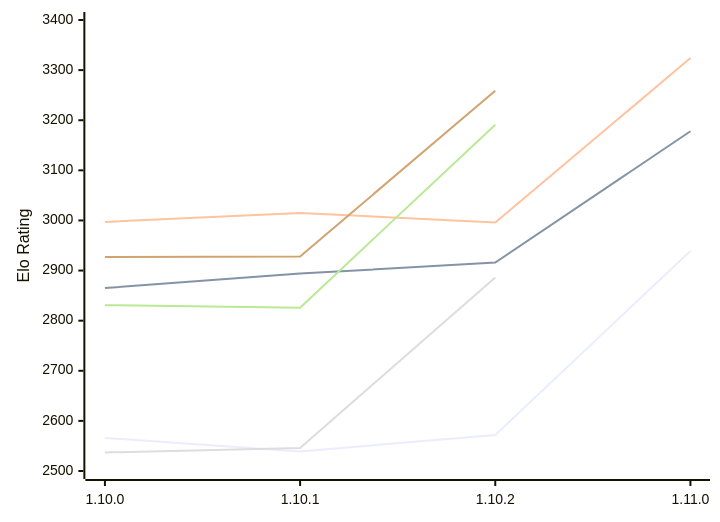
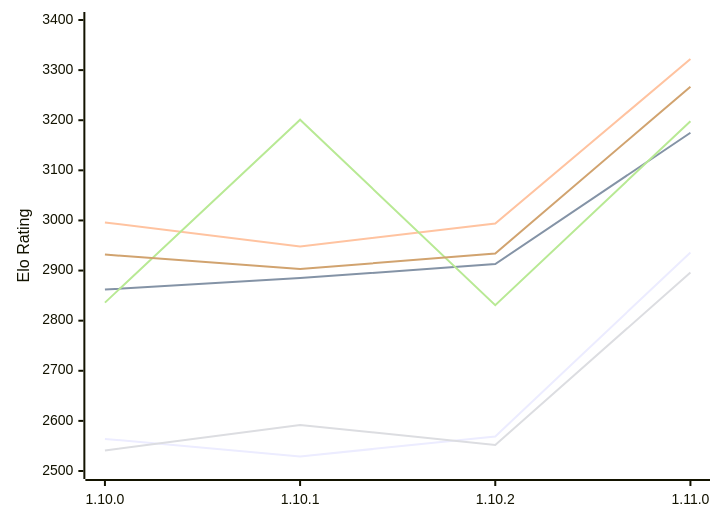
One commit to computer-chess-index/cci changed the first of 2 diagrams in engines/Basilisk.md. Above: the diagram before and after it, drawn with Mermaid. The commit also changed other lines of this file, not shown here.

Commit message:
Update CCI Ratings (ELO VLTC) - 2026-11-23

````diff
--- a/engines/Basilisk.md
+++ b/engines/Basilisk.md
@@ -64,12 +65,12 @@
 ```mermaid
 %%{init: {"theme":"base","themeVariables":{"seriesColors:['#a3a3a3','#222221','#faa371']}}}%%
 xychart-beta
   x-axis ["1.10.0", "1.10.1", "1.10.2", "1.11.0"]
   y-axis "Elo Rating" 2500 --> 3400
-  line "E1: STC (8.0+0.08s)" [2566, 2539, 2572, 2939]
-  line "E1: LTC (60.0+0.60s)" [2865, 2894, 2916, 3178]
-  line "E1: VLTC (2m24s+1.12s)" [2997, 3015, 2996, 3324]
-  line "P1: STC (8.0+0.08s)" [2537, 2546, 2886]
-  line "P1: LTC (60.0+0.60s)" [2831, 2826, 3191]
-  line "P1: VLTC (2m24s+1.12s)" [2927, 2928, 3259]
+  line "E1: STC (8.0+0.08s)" [2564, 2529, 2569, 2936]
+  line "E1: LTC (60.0+0.60s)" [2862, 2885, 2913, 3175]
+  line "E1: VLTC (2m24s+1.12s)" [2996, 2948, 2994, 3322]
+  line "P1: STC (8.0+0.08s)" [2541, 2592, 2552, 2896]
+  line "P1: LTC (60.0+0.60s)" [2836, 3201, 2831, 3198]
+  line "P1: VLTC (2m24s+1.12s)" [2932, 2903, 2934, 3267]
 ```
````
